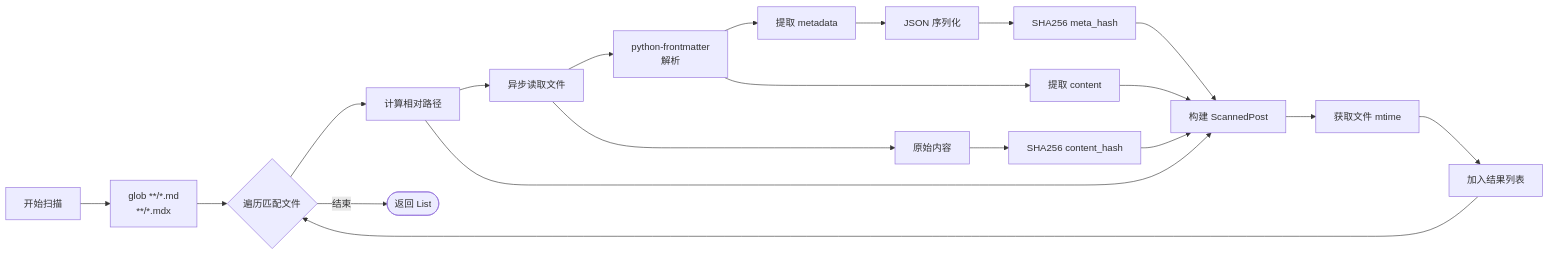
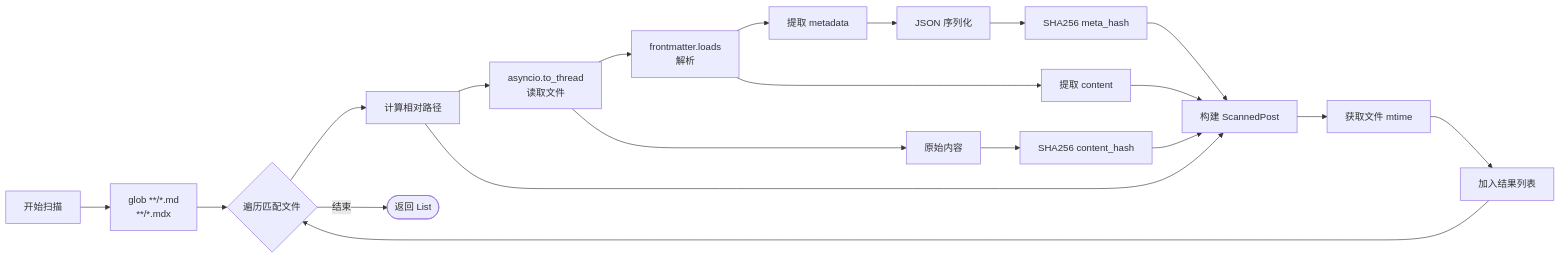
One commit to sumanin5/blog_fr changed the third of 7 diagrams in backend/app/git_ops/ARCHITECTURE.md. Above: the diagram before and after it, drawn with Mermaid. The commit also changed other lines of this file and 24 other files, not shown here.

````diff
--- a/backend/app/git_ops/ARCHITECTURE.md
+++ b/backend/app/git_ops/ARCHITECTURE.md
@@ -133,28 +143,28 @@
 ```mermaid
 flowchart LR
     A[开始扫描] --> B[glob **/*.md<br>**/*.mdx]
     B --> C{遍历匹配文件}
 
     C --> D[计算相对路径]
-    D --> E[异步读取文件]
-    E --> F[python-frontmatter<br>解析]
+    D --> E[asyncio.to_thread<br>读取文件]
+    E --> F[frontmatter.loads<br>解析]
     F --> G[提取 metadata]
     F --> H[提取 content]
 
     G --> I[JSON 序列化]
     I --> J[SHA256 meta_hash]
 
     E --> K[原始内容]
     K --> L[SHA256 content_hash]
 
     J --> M[构建 ScannedPost]
     L --> M
     H --> M
     D --> M
 
     M --> N[获取文件 mtime]
     N --> O[加入结果列表]
 
     O --> C
     C -->|结束| P([返回 List])
 ```
````
